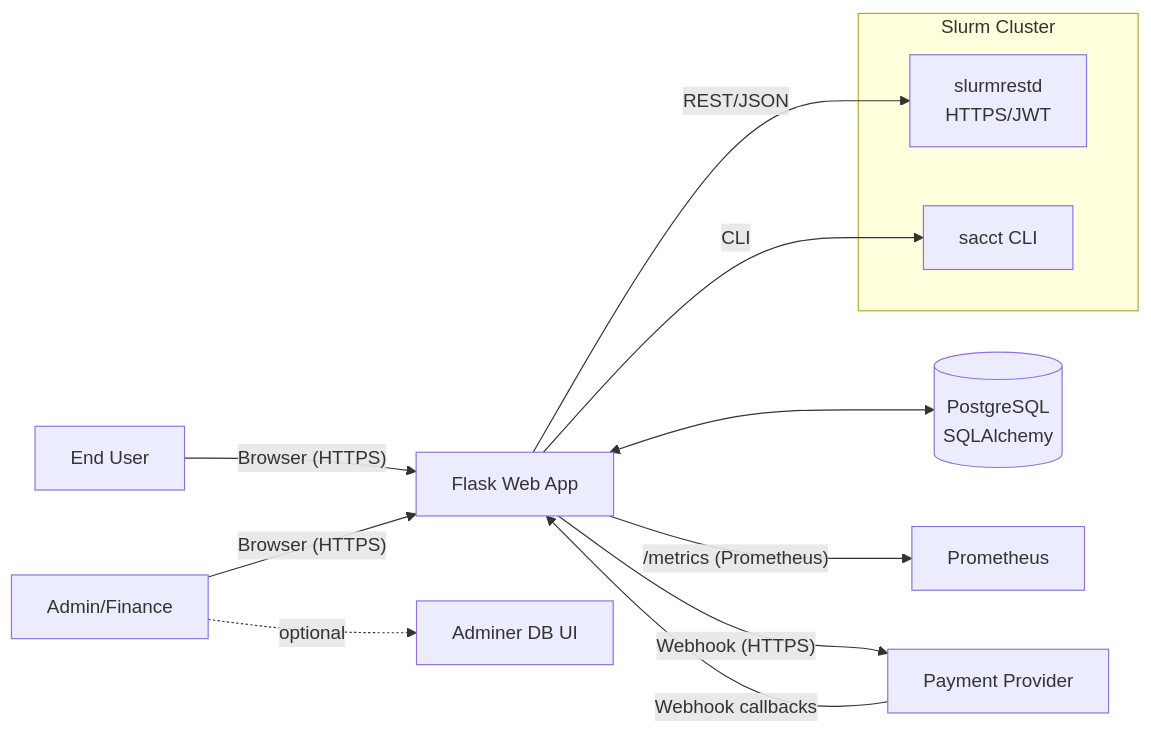
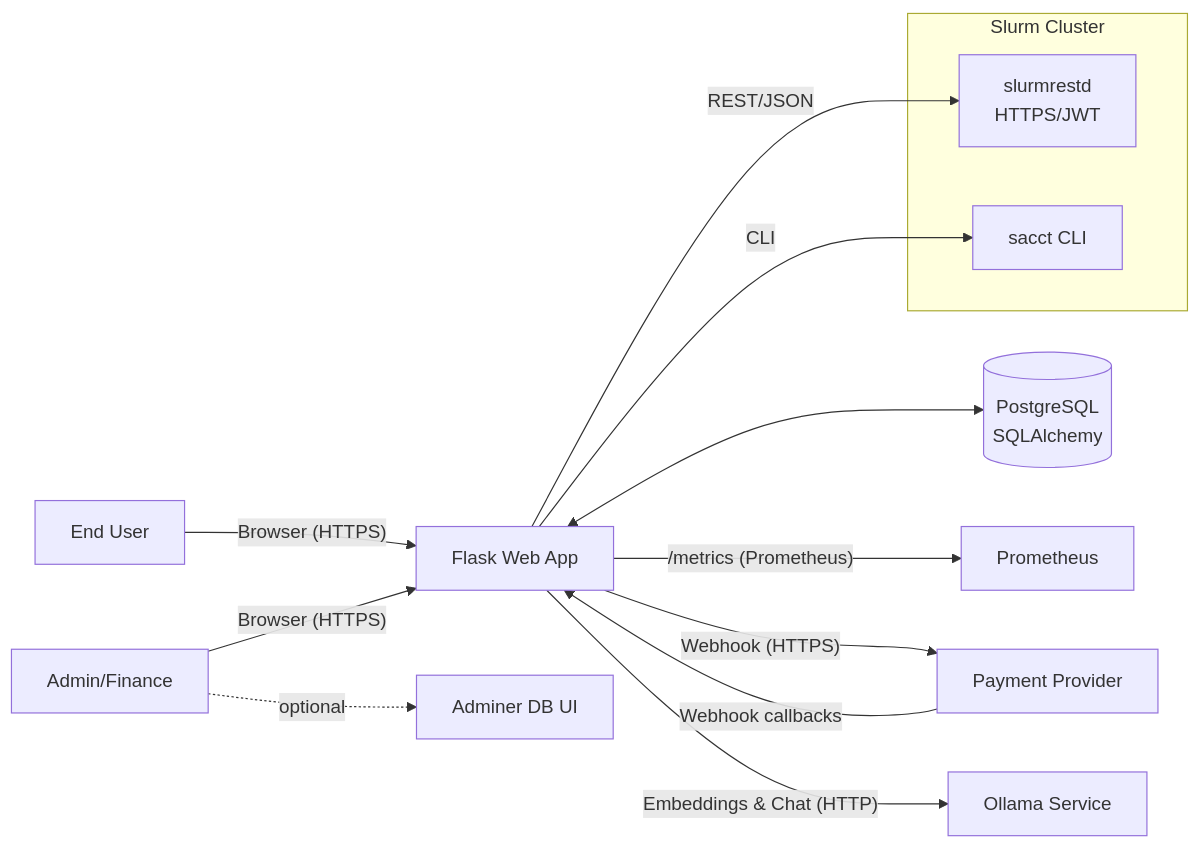
The first of 9 diagrams in docs/02-architecture.md (Purinat33/hpc_flask), drawn with Mermaid before and after one commit. The commit also changed other lines of this file and 2 other files, not shown here.

````diff
--- a/docs/02-architecture.md
+++ b/docs/02-architecture.md
@@ -9,19 +9,20 @@
 ```mermaid
 graph LR
   U[End User] -- Browser (HTTPS) --> W[Flask Web App]
   A[Admin/Finance] -- Browser (HTTPS) --> W
 
   subgraph Slurm Cluster
     R[slurmrestd<br/>HTTPS/JWT]
     C[sacct CLI]
   end
 
   W <--> DB[(PostgreSQL<br/>SQLAlchemy)]
   W -- REST/JSON --> R
   W -- CLI --> C
   W -- /metrics (Prometheus) --> Prom[Prometheus]
   W -- Webhook (HTTPS) --> Pay[Payment Provider]
   Pay -- Webhook callbacks --> W
+  W -- Embeddings & Chat (HTTP) --> Ol[Ollama Service]
 
   A -. optional .-> Adm[Adminer DB UI]
 ```
````
